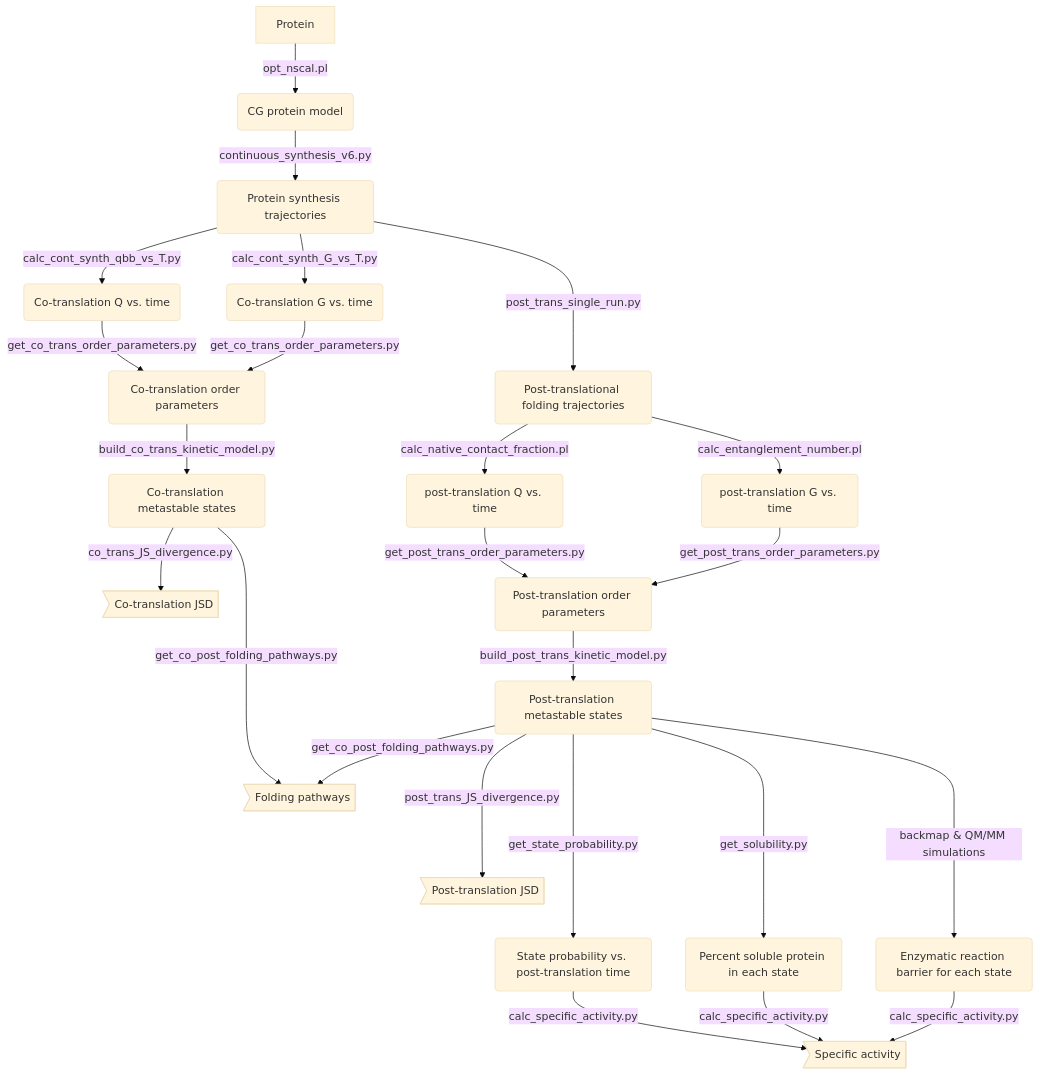
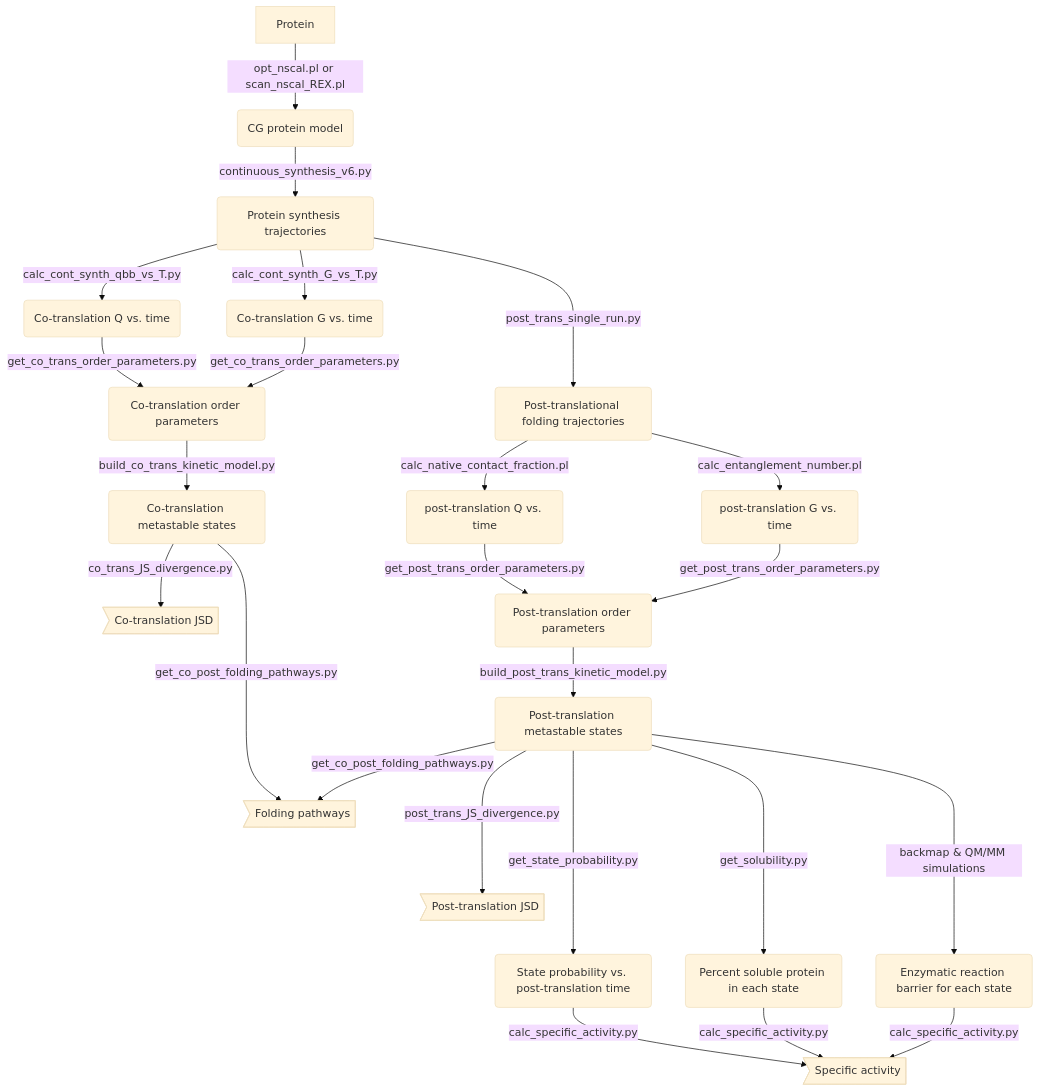
The diagram in README.md (obrien-lab/cg_simtk_protein_folding), drawn with Mermaid (base theme) before and after one commit.

````diff
--- a/README.md
+++ b/README.md
@@ -162,24 +162,24 @@
 ```mermaid
 graph TD
-    A[Protein] -->|opt_nscal.pl| B(CG protein model)
+    A[Protein] -->|opt_nscal.pl or scan_nscal_REX.pl| B(CG protein model)
     B --> |continuous_synthesis_v6.py| C(Protein synthesis trajectories)
     C ---> |post_trans_single_run.py| D(Post-translational folding trajectories)
     C --> |calc_cont_synth_qbb_vs_T.py| E(Co-translation Q vs. time)
     C --> |calc_cont_synth_G_vs_T.py| F(Co-translation G vs. time)
     D --> |calc_native_contact_fraction.pl| G(post-translation Q vs. time)
     D --> |calc_entanglement_number.pl| H(post-translation G vs. time)
     E --> |get_co_trans_order_parameters.py| I(Co-translation order parameters)
     F --> |get_co_trans_order_parameters.py| I
     I --> |build_co_trans_kinetic_model.py| J(Co-translation metastable states)
     J --> |co_trans_JS_divergence.py| K>Co-translation JSD]
     G --> |get_post_trans_order_parameters.py| L(Post-translation order parameters)
     H --> |get_post_trans_order_parameters.py| L
     L --> |build_post_trans_kinetic_model.py| M(Post-translation metastable states)
     J & M --> |get_co_post_folding_pathways.py| O>Folding pathways]
     M ---> |post_trans_JS_divergence.py| N>Post-translation JSD]
     M ----> |get_state_probability.py| P(State probability vs. post-translation time)
     M ----> |get_solubility.py| Q(Percent soluble protein in each state)
     M ----> |backmap & QM/MM simulations| R(Enzymatic reaction barrier for each state)
     P & Q & R --> |calc_specific_activity.py| S>Specific activity]
 
 ```
````
